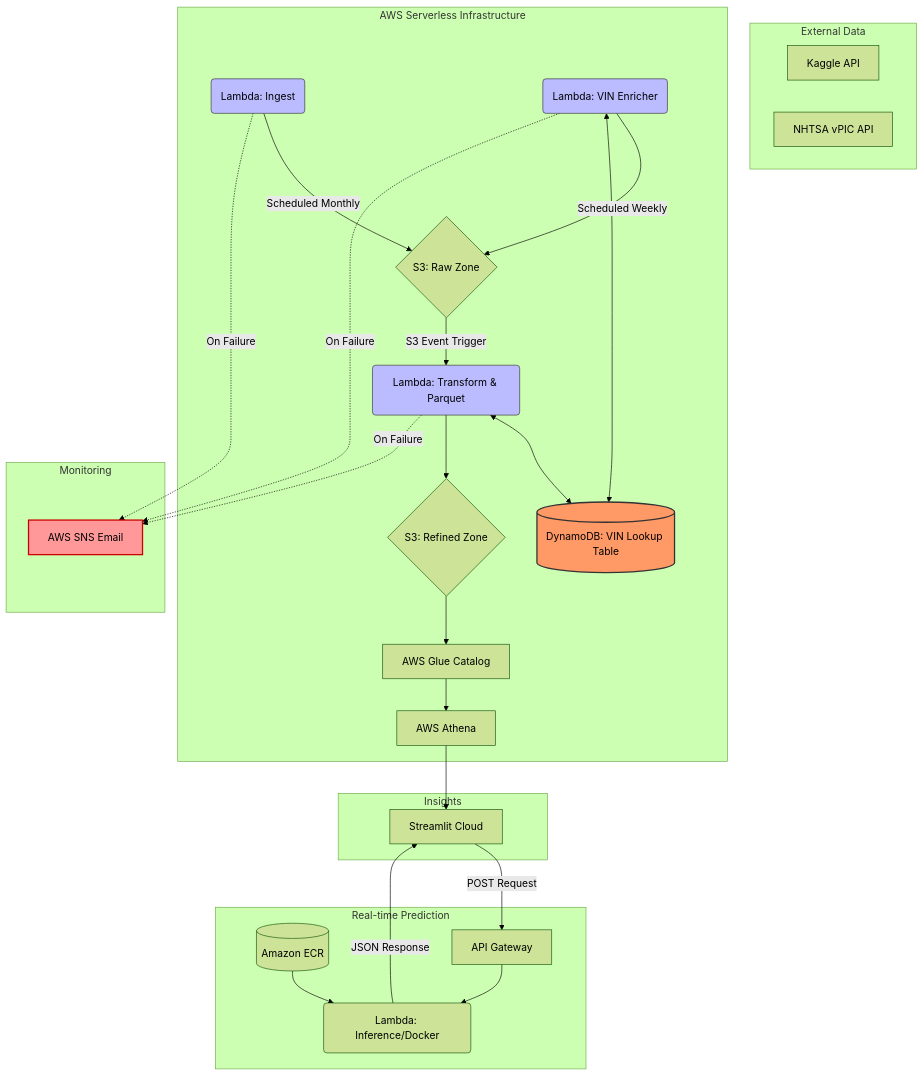
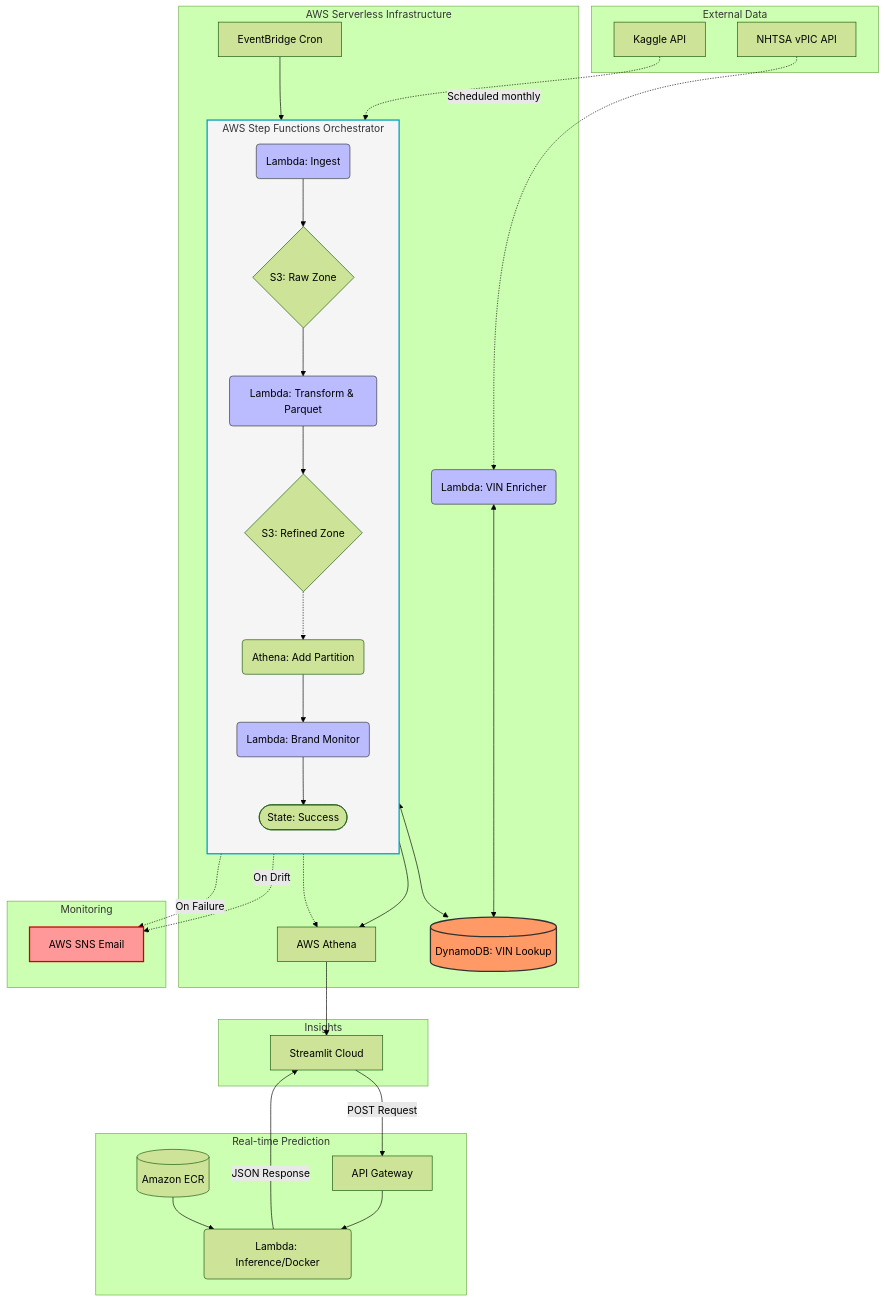
Before and after one commit to kondimidi/ds_cloud_project: the diagram in README.md, drawn with Mermaid (forest theme). The commit also changed other lines of this file, not shown here.

````diff
--- a/README.md
+++ b/README.md
@@ -15,49 +21,58 @@
 ```mermaid
 graph TD
     subgraph External_Sources [External Data]
         K[Kaggle API]
         N[NHTSA vPIC API]
     end
 
     subgraph AWS_Cloud [AWS Serverless Infrastructure]
-        L1(Lambda: Ingest) -- Scheduled Monthly --> S3R{S3: Raw Zone}
-        
-        S3R -- S3 Event Trigger --> L2(Lambda: Transform & Parquet)
-        
-        L3(Lambda: VIN Enricher) -- Scheduled Weekly --> S3R
-        L3 <--> DDB[(DynamoDB: VIN Lookup Table)]
+        EB[EventBridge Cron] --> SF_Orchestrator
 
-        L2 <--> DDB
-        L2 --> S3P{S3: Refined Zone}
-        
-        S3P --> GC[AWS Glue Catalog]
-        GC --> AT[AWS Athena]
+        subgraph SF_Orchestrator [AWS Step Functions Orchestrator]
+            direction TB
+            L1(Lambda: Ingest) --> S3R{S3: Raw Zone}
+            S3R --> L2(Lambda: Transform & Parquet)
+            L2 --> S3P{S3: Refined Zone}
+            S3P -.-> AT_Part(Athena: Add Partition)
+            AT_Part --> L4(Lambda: Brand Monitor)
+            L4 --> SF_Success([State: Success])
+        end
+
+        L3(Lambda: VIN Enricher) <--> DDB[(DynamoDB: VIN Lookup)]
+        AT[AWS Athena]
     end
+
+    %% Potoki danych (Data Flows)
+    K -.-> L1
+    N -.->|Scheduled monthly| L3
+    L2 <--> DDB
+    AT_Part --> AT
+    L4 -.-> AT
 
     subgraph Monitoring [Monitoring]
         SNS[AWS SNS Email]
     end
 
-    %% Połączenia monitoringu
-    L1 -.->|On Failure| SNS
-    L2 -.->|On Failure| SNS
-    L3 -.->|On Failure| SNS
+    SF_Orchestrator -.->|On Failure| SNS
+    L4 -.->|On Drift| SNS
 
     subgraph Presentation [Insights]
         AT --> ST[Streamlit Cloud]
     end
 
     subgraph Prediction_Layer [Real-time Prediction]
         ECR[(Amazon ECR)] --> L_INF(Lambda: Inference/Docker)
         ST -- POST Request --> APIG[API Gateway]
         APIG --> L_INF
         L_INF -- JSON Response --> ST
     end
 
     %% Style
+    style SF_Orchestrator fill:#f5f5f5,stroke:#00a1c1,stroke-width:2px
     style DDB fill:#f96,stroke:#333,stroke-width:2px
     style L1 fill:#bbf,stroke:#333,stroke-width:1px
     style L2 fill:#bbf,stroke:#333,stroke-width:1px
     style L3 fill:#bbf,stroke:#333,stroke-width:1px
+    style L4 fill:#bbf,stroke:#333,stroke-width:1px
     style SNS fill:#ff9999,stroke:#cc0000,stroke-width:2px
 ```
````
